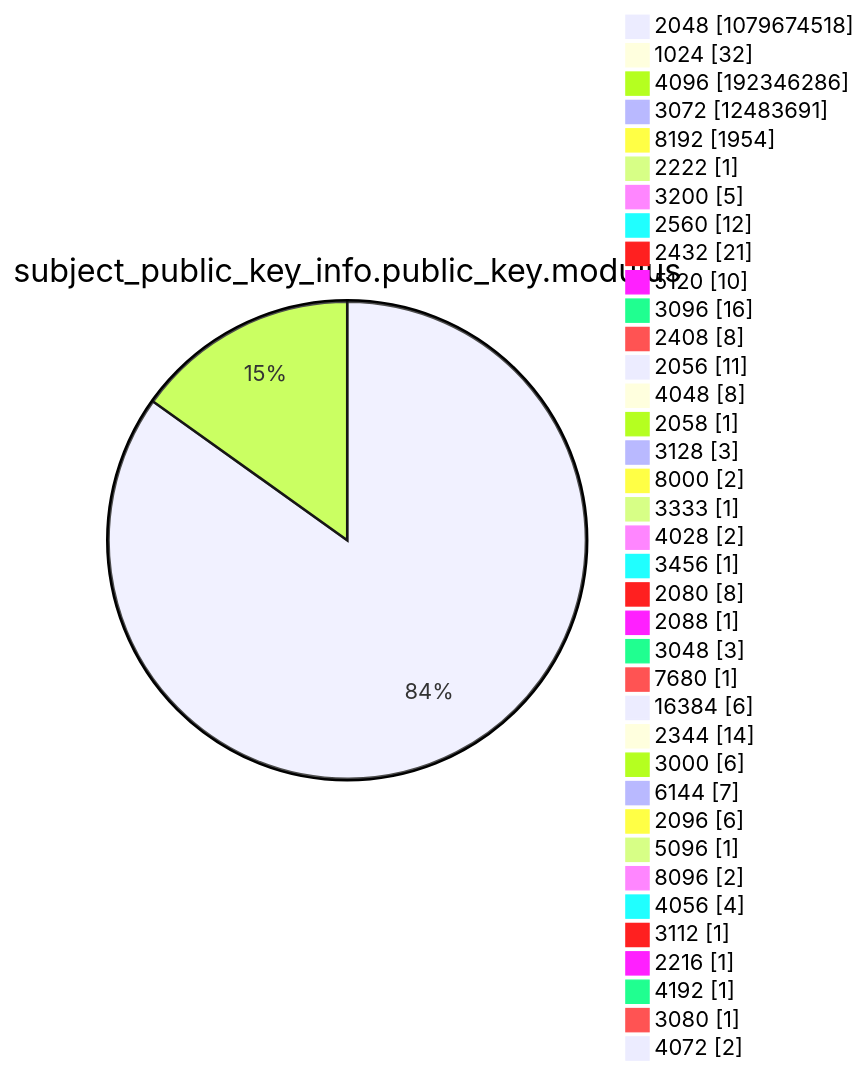
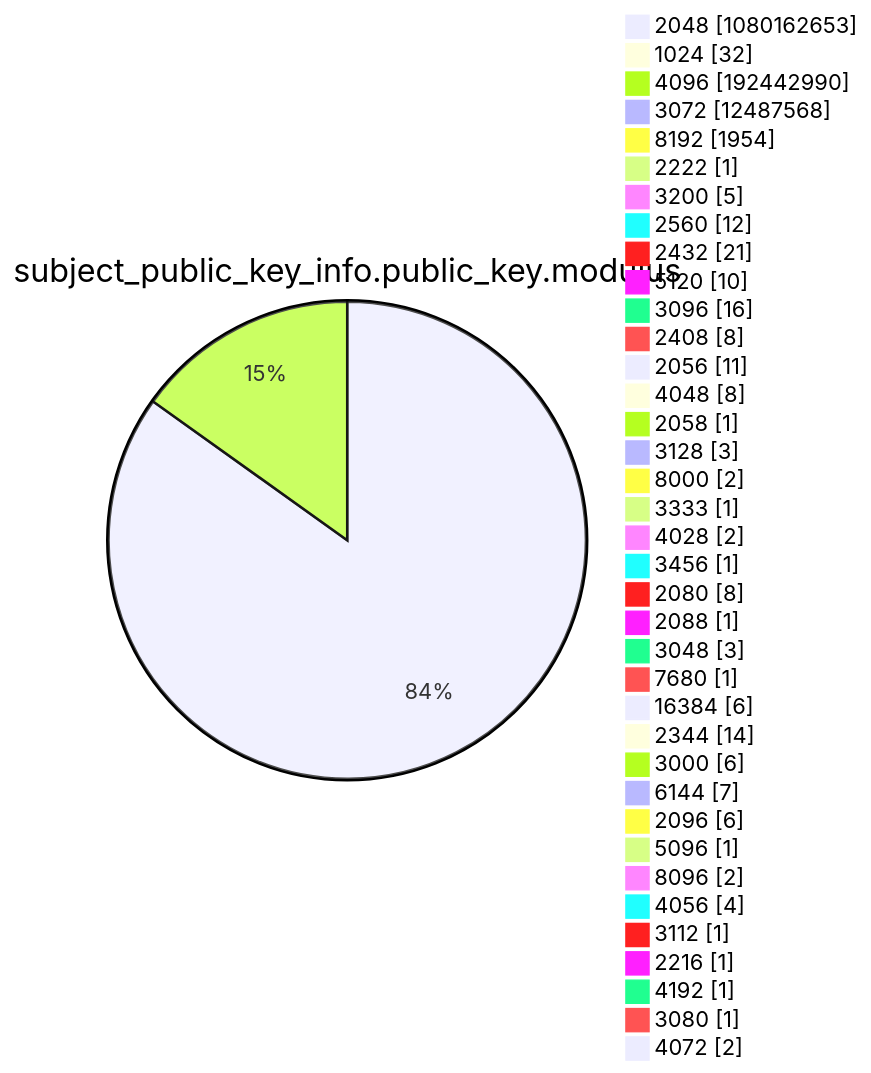
Before and after one commit to christiankrug/ctmonitor_visualization: diagram 13 of 15 in argon2022/README.md, drawn with Mermaid. The commit also changed other lines of this file, not shown here.

````diff
--- a/argon2022/README.md
+++ b/argon2022/README.md
@@ -3589,41 +3589,41 @@
 ```mermaid
 pie showData
 title subject_public_key_info.public_key.modulus
-"2048" :1079674518
+"2048" :1080162653
 "1024" :32
-"4096" :192346286
-"3072" :12483691
+"4096" :192442990
+"3072" :12487568
 "8192" :1954
 "2222" :1
 "3200" :5
 "2560" :12
 "2432" :21
 "5120" :10
 "3096" :16
 "2408" :8
 "2056" :11
 "4048" :8
 "2058" :1
 "3128" :3
 "8000" :2
 "3333" :1
 "4028" :2
 "3456" :1
 "2080" :8
 "2088" :1
 "3048" :3
 "7680" :1
 "16384" :6
 "2344" :14
 "3000" :6
 "6144" :7
 "2096" :6
 "5096" :1
 "8096" :2
 "4056" :4
 "3112" :1
 "2216" :1
 "4192" :1
 "3080" :1
 "4072" :2
 ```
````
